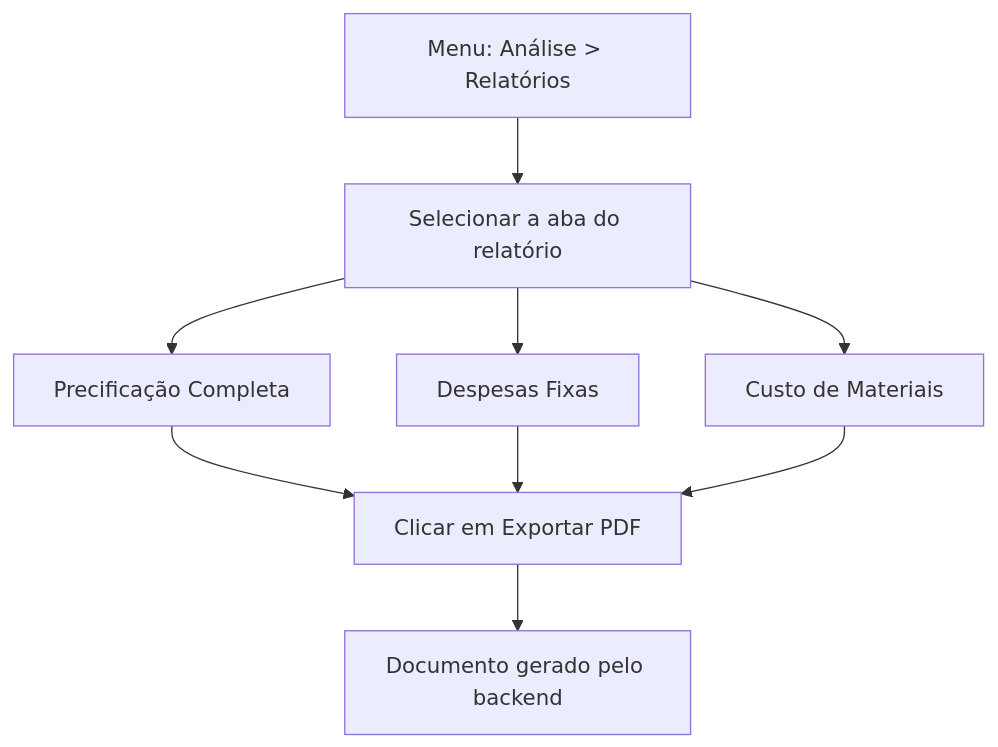
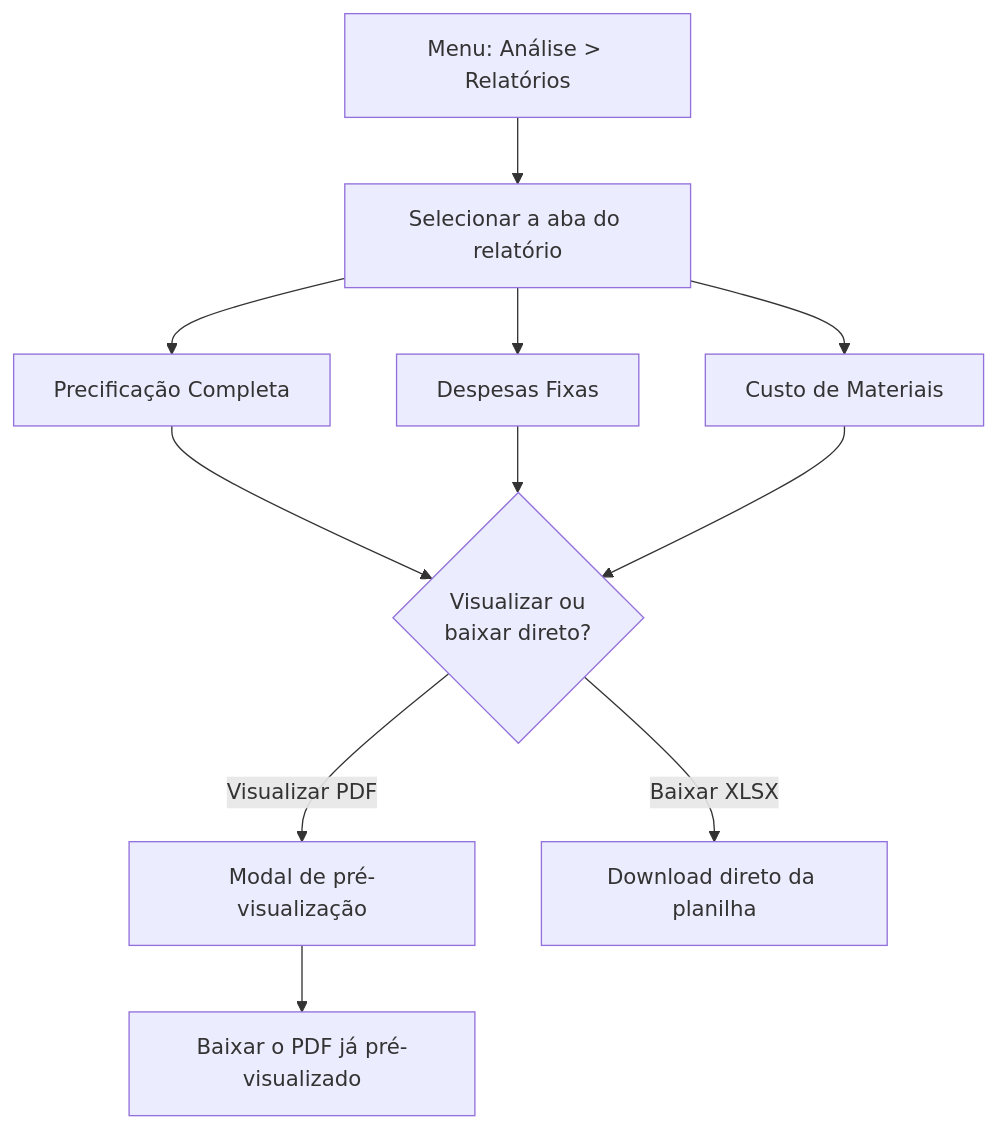
The diagram in docs/manual/12-relatorios.md (edvaldosm/markup-front), drawn with Mermaid before and after one commit. The commit also changed other lines of this file and 15 other files, not shown here.

````diff
--- a/docs/manual/12-relatorios.md
+++ b/docs/manual/12-relatorios.md
@@ -20,11 +30,13 @@
 ```mermaid
 flowchart TD
     A["Menu: Análise > Relatórios"] --> B["Selecionar a aba do relatório"]
     B --> C["Precificação Completa"]
     B --> D["Despesas Fixas"]
     B --> E["Custo de Materiais"]
-    C --> F["Clicar em Exportar PDF"]
+    C --> F{Visualizar ou\nbaixar direto?}
     D --> F
     E --> F
-    F --> G["Documento gerado pelo backend"]
+    F -- Visualizar PDF --> G["Modal de pré-visualização"]
+    G --> H["Baixar o PDF já pré-visualizado"]
+    F -- Baixar XLSX --> I["Download direto da planilha"]
 ```
````
